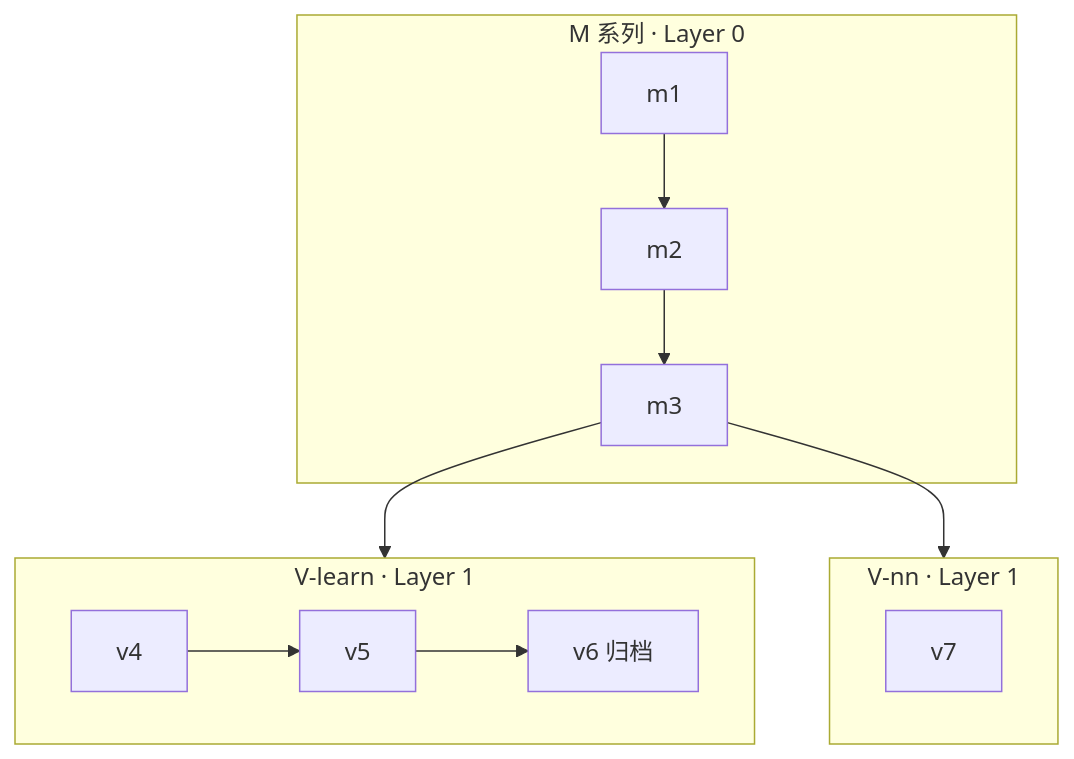
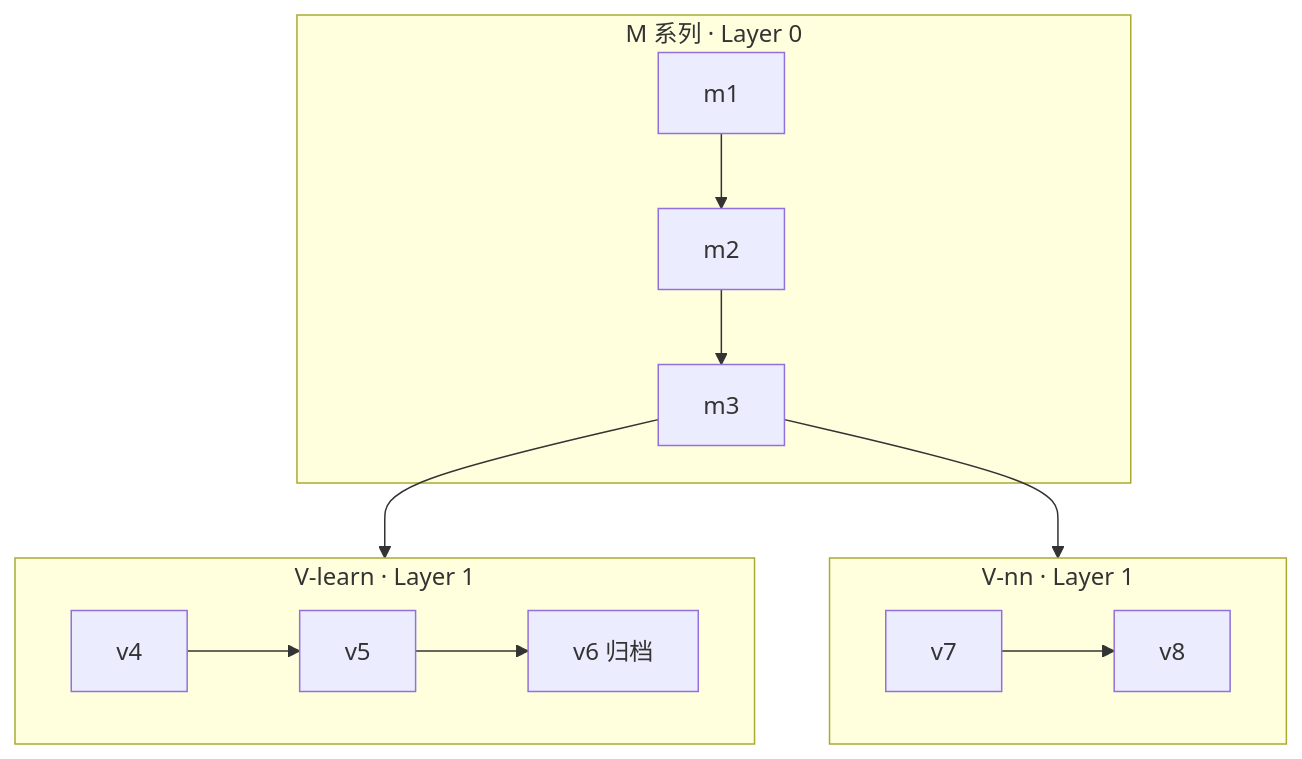
Before and after one commit to szqjl/yifeiAI-gd: the diagram in docs/governance/M-V-Series-治理方案.md, drawn with Mermaid. The commit also changed other lines of this file and 7 other files, not shown here.

````diff
--- a/docs/governance/M-V-Series-治理方案.md
+++ b/docs/governance/M-V-Series-治理方案.md
@@ -60,14 +61,14 @@
 ```mermaid
 flowchart TB
     subgraph M["M 系列 · Layer 0"]
         M1[m1] --> M2[m2] --> M3[m3]
     end
     subgraph VL["V-learn · Layer 1"]
         V4[v4] --> V5[v5] --> V6[v6 归档]
     end
     subgraph VN["V-nn · Layer 1"]
-        V7[v7]
+        V7[v7] --> V8[v8]
     end
     M3 --> VL
     M3 --> VN
 ```
````
